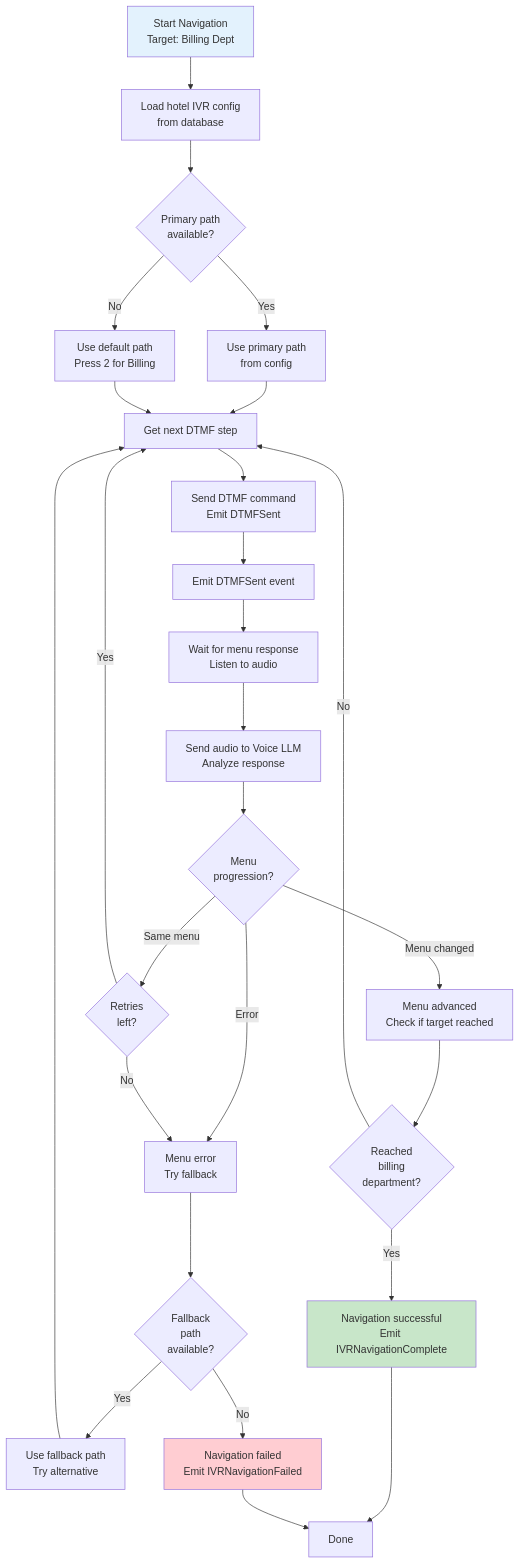
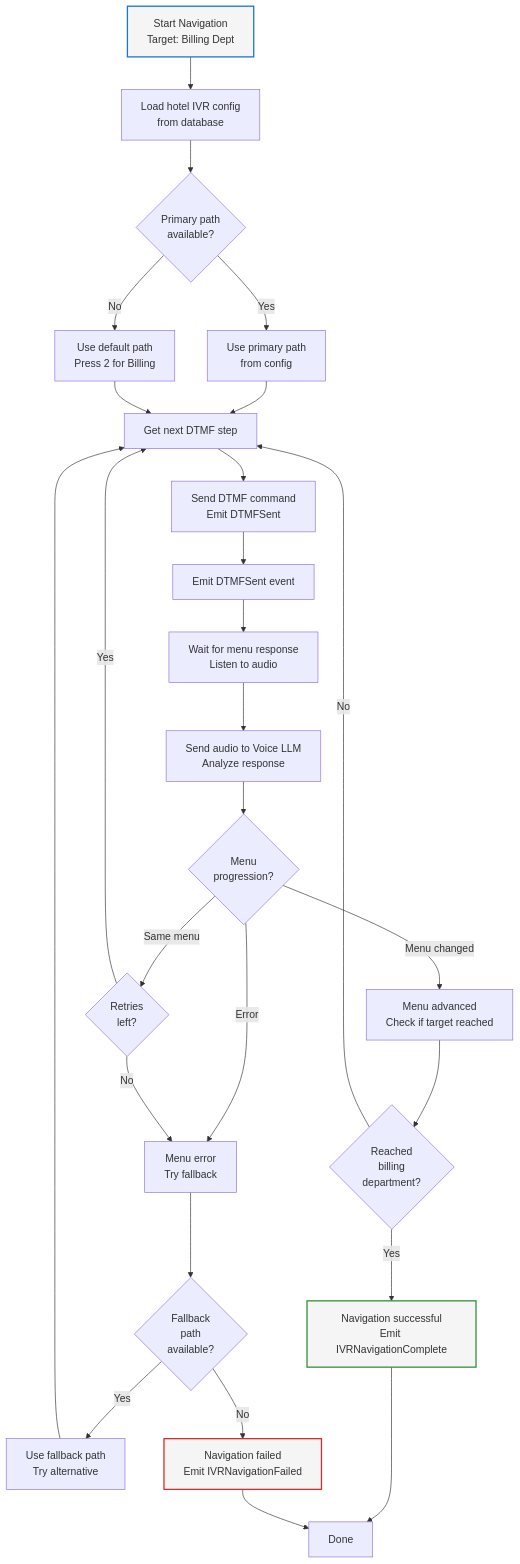
Before and after one commit to Org-for-Folio-AI/FolioAISpecs: the second of 2 diagrams in design/components/04-IVR-Navigator.md, drawn with Mermaid. The commit also changed other lines of this file and 11 other files, not shown here.

First line of the commit message:
Update mermaid diagram colors for dark and light mode compatibility

````diff
--- a/design/components/04-IVR-Navigator.md
+++ b/design/components/04-IVR-Navigator.md
@@ -85,45 +85,45 @@
 ```mermaid
 flowchart TD
     Start["Start Navigation<br/>Target: Billing Dept"] --> LoadConfig["Load hotel IVR config<br/>from database"]
 
     LoadConfig --> CheckPath{Primary path<br/>available?}
 
     CheckPath -->|Yes| UsePath["Use primary path<br/>from config"]
     CheckPath -->|No| DefaultPath["Use default path<br/>Press 2 for Billing"]
 
     UsePath --> GetStep["Get next DTMF step"]
     DefaultPath --> GetStep
 
     GetStep --> SendDTMF["Send DTMF command<br/>Emit DTMFSent"]
     SendDTMF --> Emit["Emit DTMFSent event"]
 
     Emit --> Wait["Wait for menu response<br/>Listen to audio"]
     Wait --> Analyze["Send audio to Voice LLM<br/>Analyze response"]
 
     Analyze --> Response{Menu<br/>progression?}
 
     Response -->|Menu changed| NextMenu["Menu advanced<br/>Check if target reached"]
     Response -->|Same menu| Retry{Retries<br/>left?}
     Response -->|Error| Error["Menu error<br/>Try fallback"]
 
     NextMenu --> AtTarget{Reached<br/>billing<br/>department?}
 
     AtTarget -->|Yes| Success["Navigation successful<br/>Emit IVRNavigationComplete"]
     AtTarget -->|No| GetStep
 
     Retry -->|Yes| GetStep
     Retry -->|No| Error
 
     Error --> FallbackAvail{Fallback<br/>path<br/>available?}
 
     FallbackAvail -->|Yes| UseFallback["Use fallback path<br/>Try alternative"]
     FallbackAvail -->|No| Failed["Navigation failed<br/>Emit IVRNavigationFailed"]
 
     UseFallback --> GetStep
     Success --> Done["Done"]
     Failed --> Done
 
-    style Start fill:#e3f2fd
-    style Success fill:#c8e6c9
-    style Failed fill:#ffcdd2
+    style Start stroke:#1976d2,fill:#f5f5f5,stroke-width:2px
+    style Success stroke:#388e3c,fill:#f5f5f5,stroke-width:2px
+    style Failed stroke:#d32f2f,fill:#f5f5f5,stroke-width:2px
 ```
````
